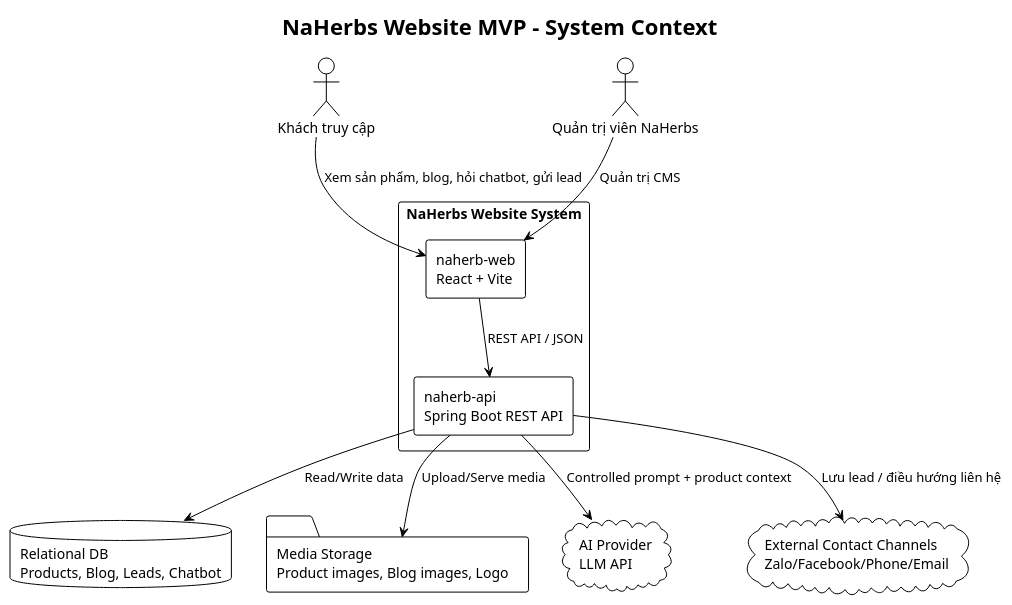
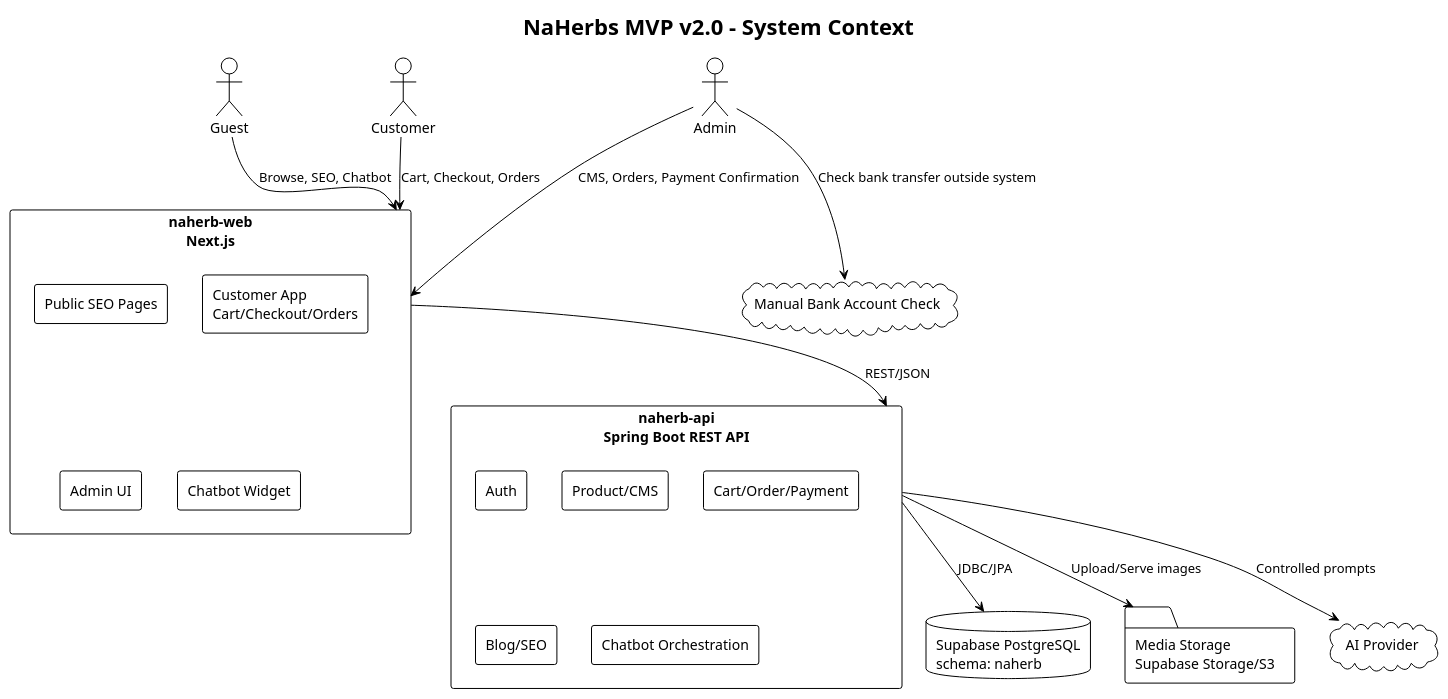
One commit to Dyuedu071/NaHerbs changed the first of 9 diagrams in docs/SDD.md. Above: the diagram before and after it, drawn with PlantUML. The commit also changed other lines of this file and 42 other files, not shown here.

Commit message:
feat: initialize NaHerbs web frontend and database schema with initial documentation and project structure

````diff
--- a/docs/SDD.md
+++ b/docs/SDD.md
@@ -74,31 +34,43 @@
 ```plantuml
 @startuml
 !theme plain
 skinparam shadowing false
 skinparam componentStyle rectangle
 skinparam defaultFontName Arial
 
-title NaHerbs Website MVP - System Context
+title NaHerbs MVP v2.0 - System Context
 
-actor "Khách truy cập" as Customer
-actor "Quản trị viên NaHerbs" as Admin
+actor "Guest" as Guest
+actor "Customer" as Customer
+actor "Admin" as Admin
 
-rectangle "NaHerbs Website System" as System {
-  component "naherb-web\nReact + Vite" as Web
-  component "naherb-api\nSpring Boot REST API" as Api
+rectangle "naherb-web\nNext.js" as Web {
+  component "Public SEO Pages" as PublicPages
+  component "Customer App\nCart/Checkout/Orders" as CustomerApp
+  component "Admin UI" as AdminUI
+  component "Chatbot Widget" as ChatWidget
 }
 
-database "Relational DB\nProducts, Blog, Leads, Chatbot" as DB
-folder "Media Storage\nProduct images, Blog images, Logo" as Media
-cloud "AI Provider\nLLM API" as AI
-cloud "External Contact Channels\nZalo/Facebook/Phone/Email" as Contact
+rectangle "naherb-api\nSpring Boot REST API" as Api {
+  component "Auth" as Auth
+  component "Product/CMS" as Product
+  component "Cart/Order/Payment" as Order
+  component "Blog/SEO" as Blog
+  component "Chatbot Orchestration" as Chatbot
+}
 
-Customer --> Web : Xem sản phẩm, blog, hỏi chatbot, gửi lead
-Admin --> Web : Quản trị CMS
-Web --> Api : REST API / JSON
-Api --> DB : Read/Write data
-Api --> Media : Upload/Serve media
-Api --> AI : Controlled prompt + product context
-Api --> Contact : Lưu lead / điều hướng liên hệ
+database "Supabase PostgreSQL\nschema: naherb" as DB
+folder "Media Storage\nSupabase Storage/S3" as Storage
+cloud "AI Provider" as AI
+cloud "Manual Bank Account Check" as Bank
+
+Guest --> Web : Browse, SEO, Chatbot
+Customer --> Web : Cart, Checkout, Orders
+Admin --> Web : CMS, Orders, Payment Confirmation
+Web --> Api : REST/JSON
+Api --> DB : JDBC/JPA
+Api --> Storage : Upload/Serve images
+Api --> AI : Controlled prompts
+Admin --> Bank : Check bank transfer outside system
 @enduml
 ```
````
